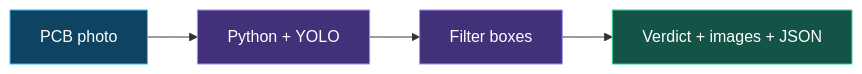
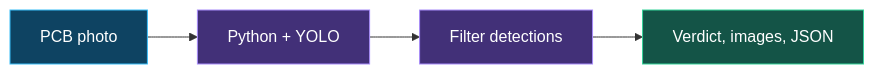
Before and after one commit to AhmadElkady/Circuit-Check-AI: the first of 3 diagrams in README.md, drawn with Mermaid. The commit also changed other lines of this file and 3 other files, not shown here.

````diff
--- a/README.md
+++ b/README.md
@@ -58,12 +76,12 @@
 ```mermaid
 flowchart LR
   A["PCB photo"] --> B["Python + YOLO"]
-  B --> C["Filter boxes"]
-  C --> D["Verdict + images + JSON"]
+  B --> C["Filter detections"]
+  C --> D["Verdict, images, JSON"]
   classDef input fill:#0e4362,stroke:#38bdf8,color:#ffffff
   classDef detection fill:#423078,stroke:#a78bfa,color:#ffffff
   classDef result fill:#145447,stroke:#34d399,color:#ffffff
   class A input
   class B,C detection
   class D result
 ```
````
